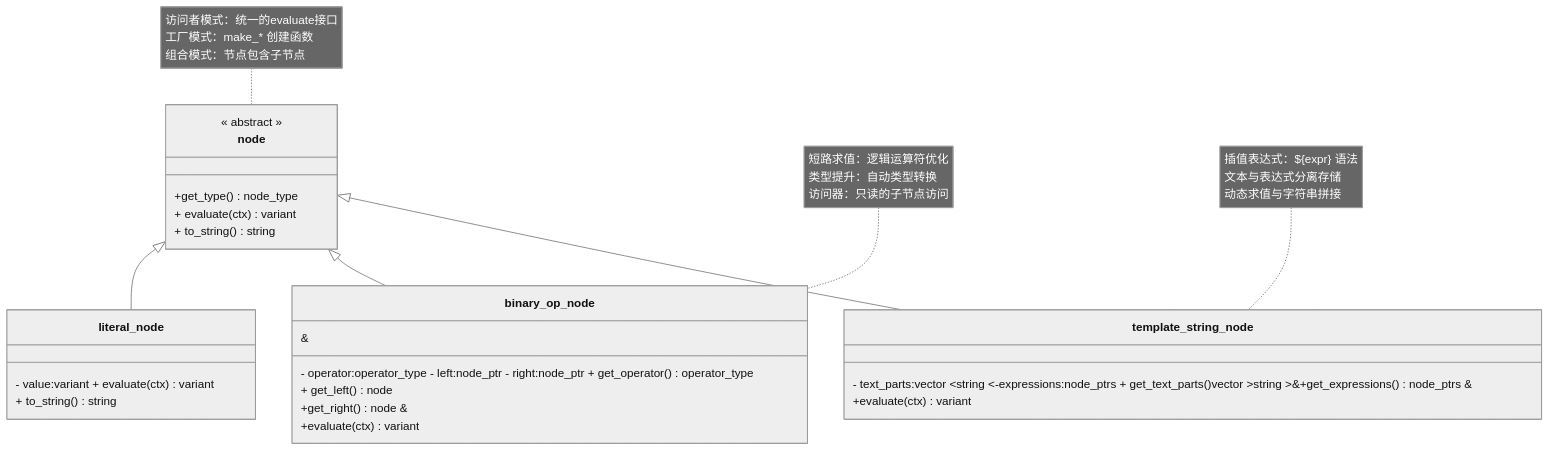
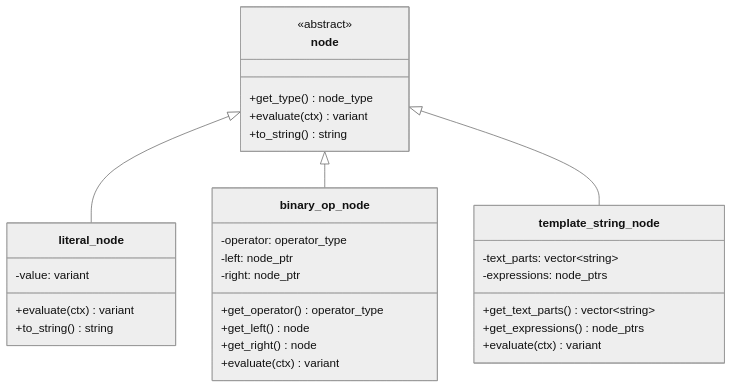
Before and after one commit to RobertJYang/libmcpp: the third of 10 diagrams in docs/6.expr.md, drawn with Mermaid (neutral theme). The commit also changed other lines of this file, not shown here.

````diff
--- a/docs/6.expr.md
+++ b/docs/6.expr.md
@@ -86,35 +105,34 @@
 ```mermaid
-    classDiagram
+classDiagram
     class node {
-    << abstract >>
+        <<abstract>>
         +get_type() node_type
-            + evaluate(ctx) variant
-            + to_string() string
-}
-
-class literal_node {
-    - value:variant + evaluate(ctx)variant
-            + to_string()string
-}
-
-class binary_op_node {
-    - operator:operator_type - left:node_ptr - right:node_ptr + get_operator()operator_type
-                                                         + get_left()node
-                                                     &
-                                                     +get_right()node &
-                                                     +evaluate(ctx)variant
-}
-
-class template_string_node {
-    - text_parts:vector ~string ~-expressions:node_ptrs + get_text_parts()vector ~string ~&+get_expressions()node_ptrs &
-                                              +evaluate(ctx)variant
+        +evaluate(ctx) variant
+        +to_string() string
+    }
+    class literal_node {
+        -value: variant
+        +evaluate(ctx) variant
+        +to_string() string
+    }
+    class binary_op_node {
+        -operator: operator_type
+        -left: node_ptr
+        -right: node_ptr
+        +get_operator() operator_type
+        +get_left() node
+        +get_right() node
+        +evaluate(ctx) variant
+    }
+    class template_string_node {
+        -text_parts: vector~string~
+        -expressions: node_ptrs
+        +get_text_parts() vector~string~
+        +get_expressions() node_ptrs
+        +evaluate(ctx) variant
     }
     
     node <|-- literal_node
     node <|-- binary_op_node
     node <|-- template_string_node
-    
-    note for node "访问者模式：统一的evaluate接口<br/>工厂模式：make_* 创建函数<br/>组合模式：节点包含子节点"
-    note for binary_op_node "短路求值：逻辑运算符优化<br/>类型提升：自动类型转换<br/>访问器：只读的子节点访问"
-    note for template_string_node "插值表达式：${expr} 语法<br/>文本与表达式分离存储<br/>动态求值与字符串拼接"
 ```
````
